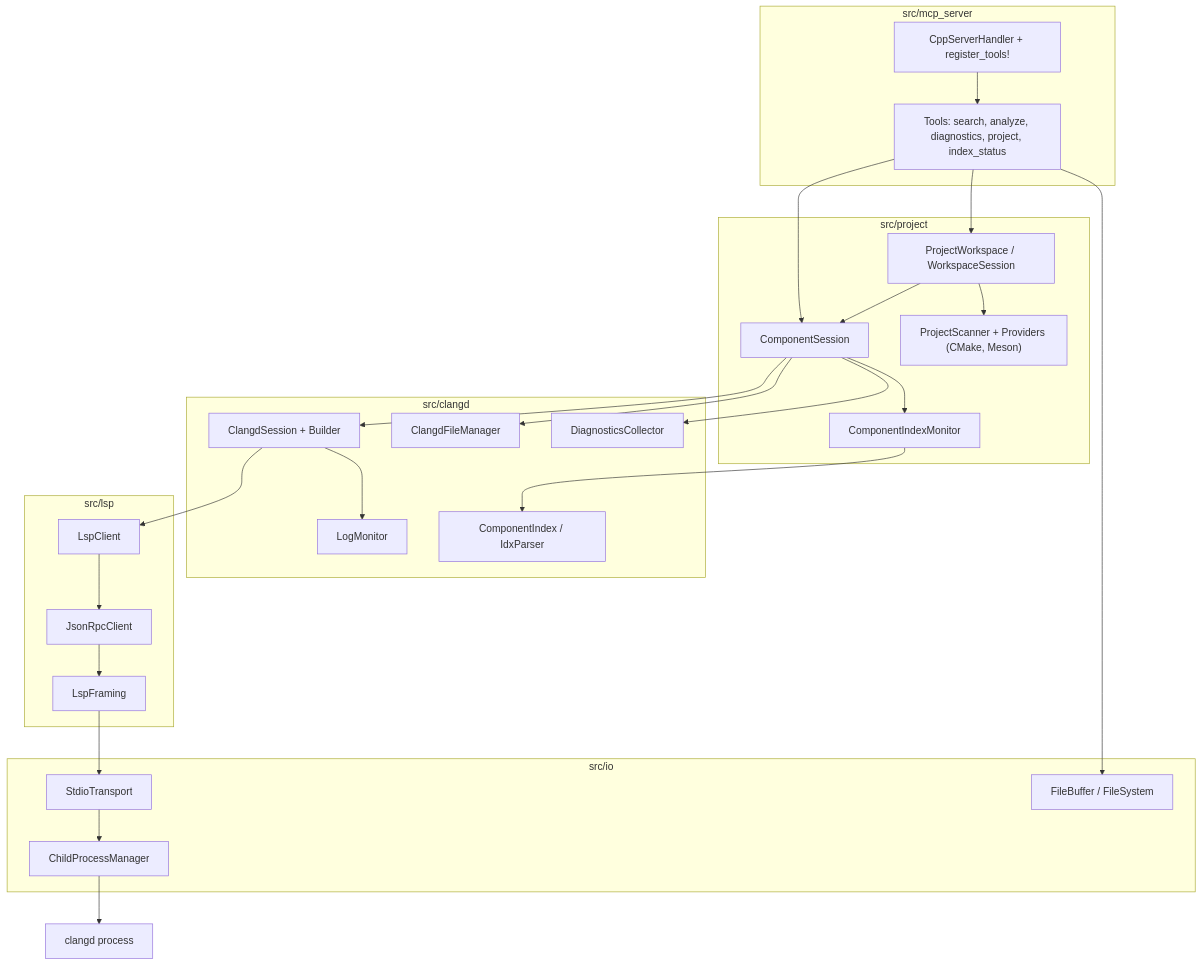
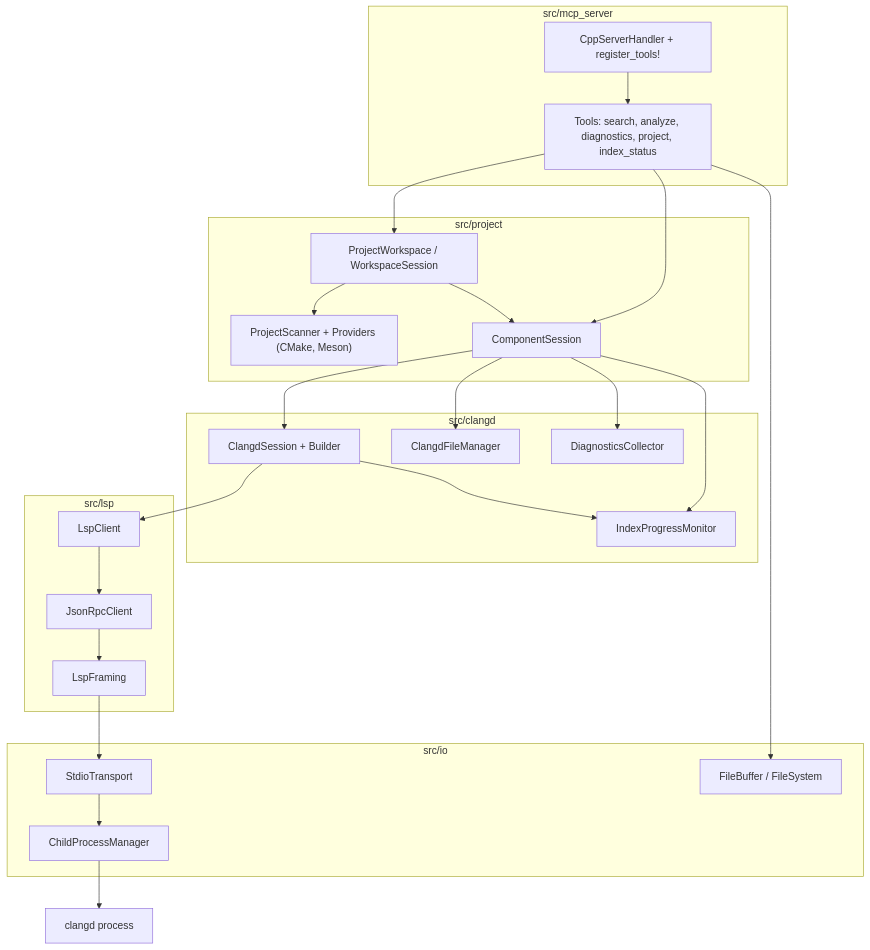
One commit to vptyp/mcp-cpp changed the first of 3 diagrams in openwiki/architecture/overview.md. Above: the diagram before and after it, drawn with Mermaid. The commit also changed other lines of this file and 8 other files, not shown here.

````diff
--- a/openwiki/architecture/overview.md
+++ b/openwiki/architecture/overview.md
@@ -22,50 +24,47 @@
 ```mermaid
 flowchart TD
     subgraph MCP["src/mcp_server"]
         Handler["CppServerHandler + register_tools!"]
         Tools["Tools: search, analyze, diagnostics, project, index_status"]
     end
     subgraph Proj["src/project"]
         WS["ProjectWorkspace / WorkspaceSession"]
         CS["ComponentSession"]
         Scanner["ProjectScanner + Providers (CMake, Meson)"]
-        Idx["ComponentIndexMonitor"]
     end
     subgraph CD["src/clangd"]
         Sess["ClangdSession + Builder"]
         Fm["ClangdFileManager"]
         Diag["DiagnosticsCollector"]
-        Log["LogMonitor"]
-        CIdx["ComponentIndex / IdxParser"]
+        Prog["IndexProgressMonitor"]
     end
     subgraph LSP["src/lsp"]
         Client["LspClient"]
         Rpc["JsonRpcClient"]
         Frame["LspFraming"]
     end
     subgraph IO["src/io"]
         Stdio["StdioTransport"]
         Proc["ChildProcessManager"]
         FB["FileBuffer / FileSystem"]
     end
     ClangdProc["clangd process"]
 
     Handler --> Tools
     Tools --> WS
     Tools --> CS
     WS --> Scanner
     WS --> CS
     CS --> Sess
     CS --> Fm
     CS --> Diag
-    CS --> Idx
-    Idx --> CIdx
+    CS --> Prog
     Sess --> Client
-    Sess --> Log
+    Sess --> Prog
     Client --> Rpc
     Rpc --> Frame
     Frame --> Stdio
     Stdio --> Proc
     Proc --> ClangdProc
     Tools --> FB
 ```
````
